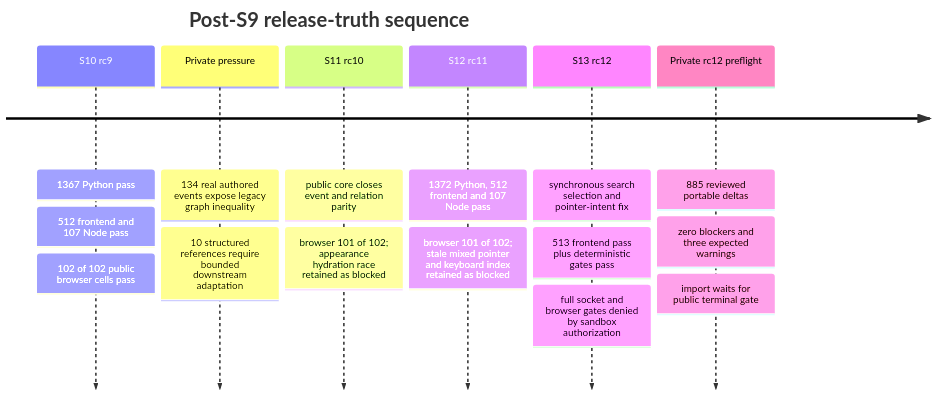
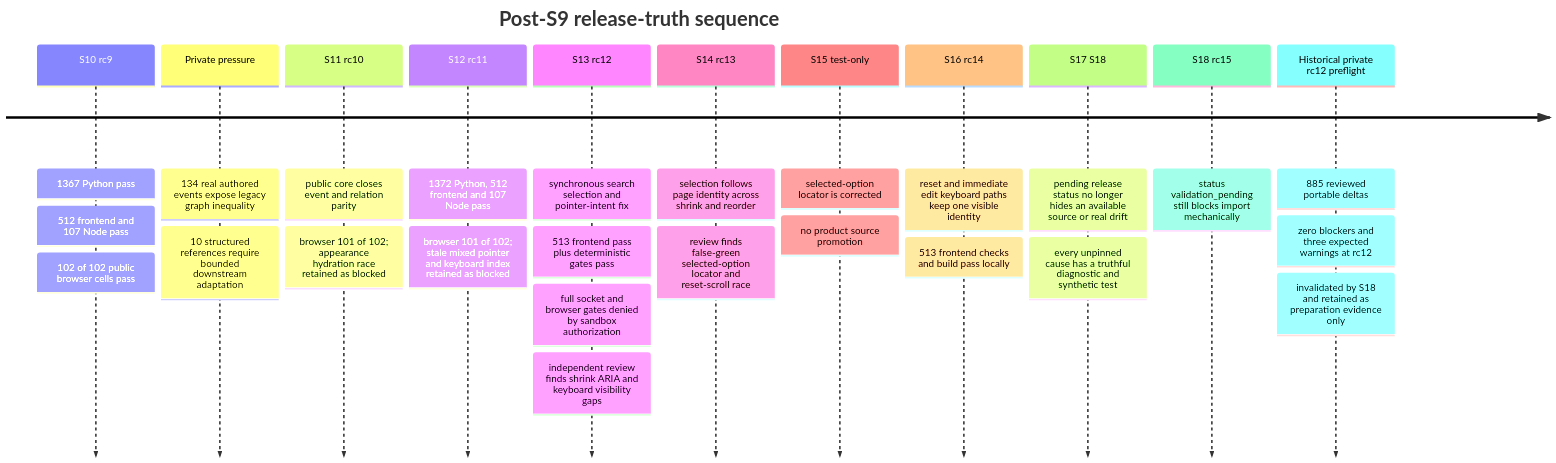
Before and after one commit to kimlage/wiki-viva-kit: the second of 2 diagrams in docs/references/proposals/wiki-viva-release-truth-temporal-world-experience-packs-plan-2026-07-11.md, drawn with Mermaid. The commit also changed other lines of this file and 1 other file, not shown here.

````diff
--- a/docs/references/proposals/wiki-viva-release-truth-temporal-world-experience-packs-plan-2026-07-11.md
+++ b/docs/references/proposals/wiki-viva-release-truth-temporal-world-experience-packs-plan-2026-07-11.md
@@ -3488,19 +3535,29 @@
 ```mermaid
 timeline
     title Post-S9 release-truth sequence
     S10 rc9 : 1367 Python pass
              : 512 frontend and 107 Node pass
              : 102 of 102 public browser cells pass
     Private pressure : 134 real authored events expose legacy graph inequality
                      : 10 structured references require bounded downstream adaptation
     S11 rc10 : public core closes event and relation parity
              : browser 101 of 102; appearance hydration race retained as blocked
     S12 rc11 : 1372 Python, 512 frontend and 107 Node pass
              : browser 101 of 102; stale mixed pointer and keyboard index retained as blocked
     S13 rc12 : synchronous search selection and pointer-intent fix
              : 513 frontend pass plus deterministic gates pass
              : full socket and browser gates denied by sandbox authorization
-    Private rc12 preflight : 885 reviewed portable deltas
-                           : zero blockers and three expected warnings
-                           : import waits for public terminal gate
+             : independent review finds shrink ARIA and keyboard visibility gaps
+    S14 rc13 : selection follows page identity across shrink and reorder
+             : review finds false-green selected-option locator and reset-scroll race
+    S15 test-only : selected-option locator is corrected
+                  : no product source promotion
+    S16 rc14 : reset and immediate edit keyboard paths keep one visible identity
+             : 513 frontend checks and build pass locally
+    S17 S18 : pending release status no longer hides an available source or real drift
+            : every unpinned cause has a truthful diagnostic and synthetic test
+    S18 rc15 : status validation_pending still blocks import mechanically
+    Historical private rc12 preflight : 885 reviewed portable deltas
+                                      : zero blockers and three expected warnings at rc12
+                                      : invalidated by S18 and retained as preparation evidence only
 ```
````
